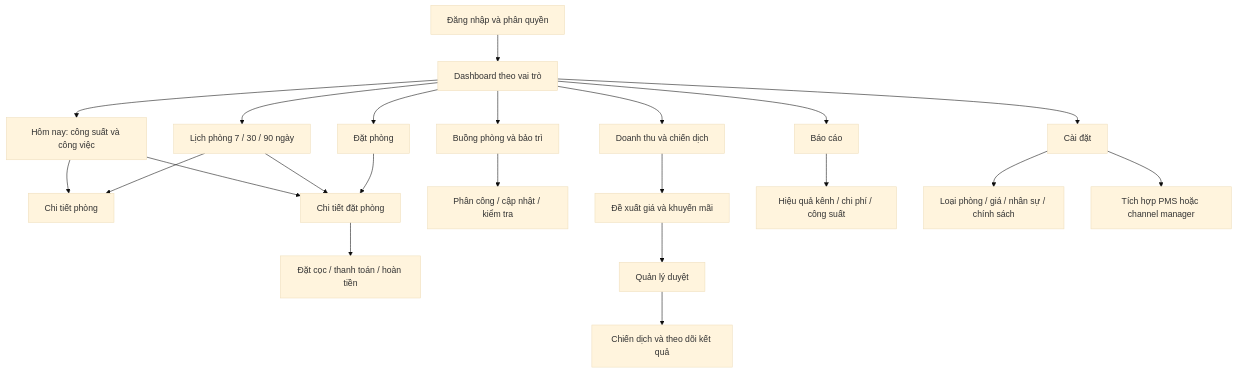
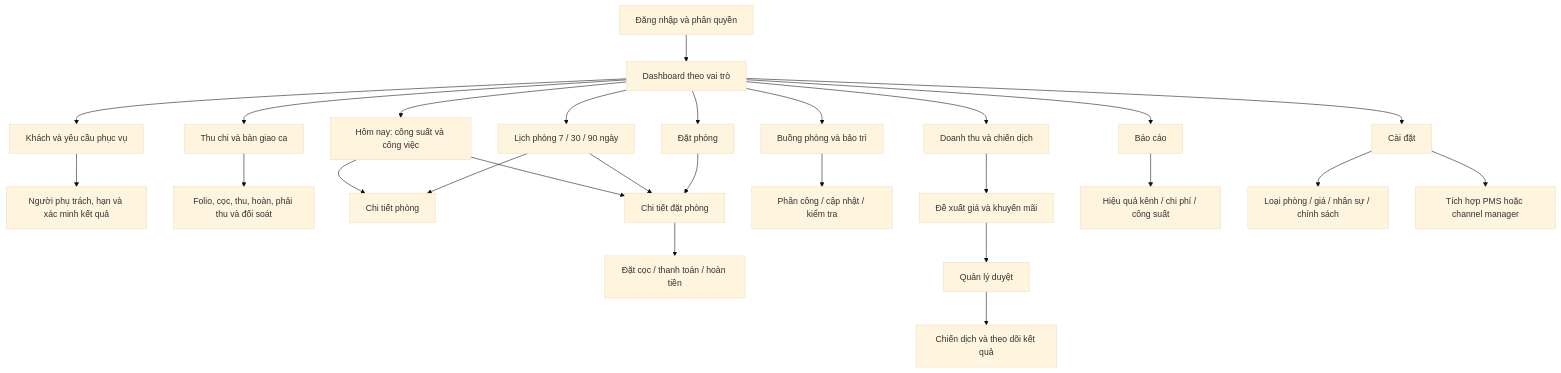
One commit to utne1991/utne1991 changed the first of 2 diagrams in resort-management/docs/PRODUCT-MAP.md. Above: the diagram before and after it, drawn with Mermaid (base theme). The commit also changed other lines of this file and 15 other files, not shown here.

````diff
--- a/resort-management/docs/PRODUCT-MAP.md
+++ b/resort-management/docs/PRODUCT-MAP.md
@@ -13,24 +15,28 @@
 ```mermaid
 flowchart TD
     LOGIN[Đăng nhập và phân quyền] --> HOME[Dashboard theo vai trò]
     HOME --> TODAY[Hôm nay: công suất và công việc]
     HOME --> CAL[Lịch phòng 7 / 30 / 90 ngày]
     HOME --> BOOK[Đặt phòng]
     HOME --> HK[Buồng phòng và bảo trì]
+    HOME --> GUEST[Khách và yêu cầu phục vụ]
+    GUEST --> REQUEST[Người phụ trách, hạn và xác minh kết quả]
+    HOME --> CASH[Thu chi và bàn giao ca]
+    CASH --> RECONCILE[Folio, cọc, thu, hoàn, phải thu và đối soát]
     HOME --> REV[Doanh thu và chiến dịch]
     HOME --> REPORT[Báo cáo]
     HOME --> SETTINGS[Cài đặt]
     TODAY --> ROOM[Chi tiết phòng]
     TODAY --> RES[Chi tiết đặt phòng]
     CAL --> RES
     CAL --> ROOM
     BOOK --> RES
     RES --> PAY[Đặt cọc / thanh toán / hoàn tiền]
     HK --> TASK[Phân công / cập nhật / kiểm tra]
     REV --> SUGGEST[Đề xuất giá và khuyến mãi]
     SUGGEST --> APPROVE[Quản lý duyệt]
     APPROVE --> CAMPAIGN[Chiến dịch và theo dõi kết quả]
     REPORT --> CHANNEL[Hiệu quả kênh / chi phí / công suất]
     SETTINGS --> MASTER[Loại phòng / giá / nhân sự / chính sách]
     SETTINGS --> SYNC[Tích hợp PMS hoặc channel manager]
 ```
````
